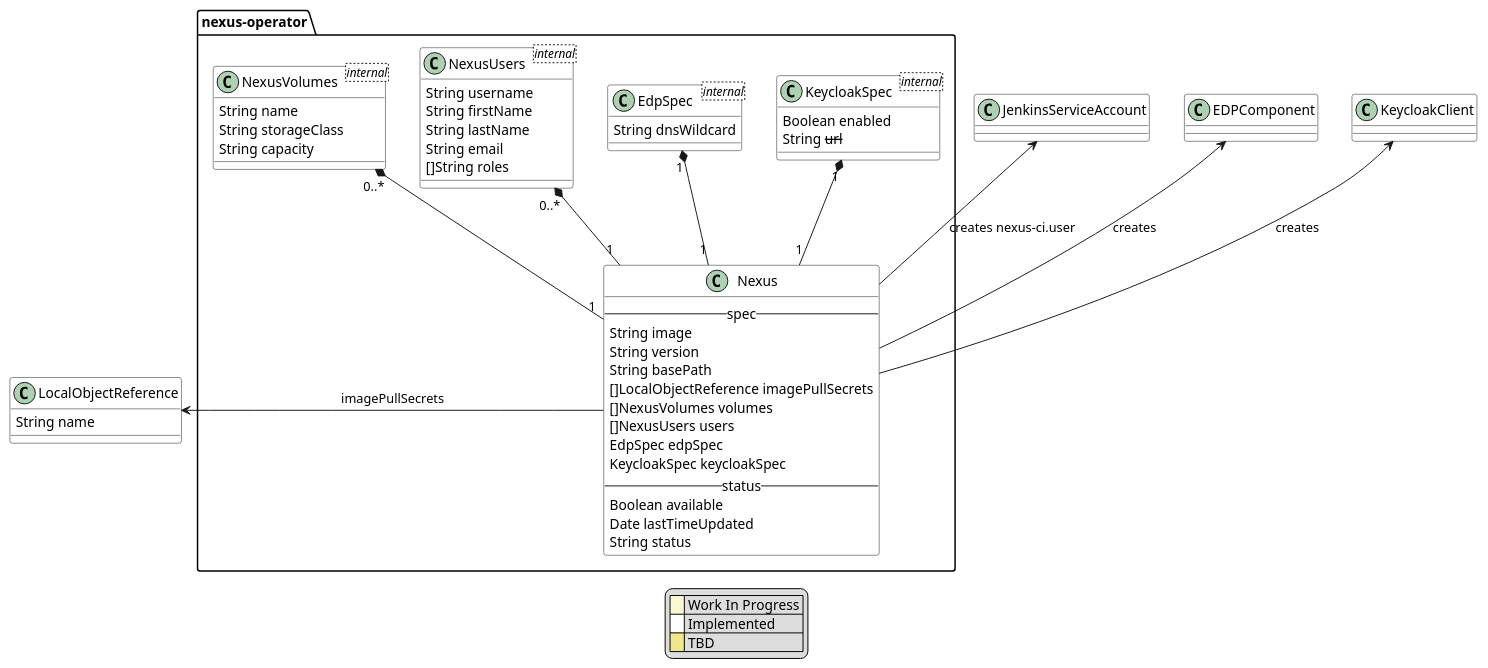
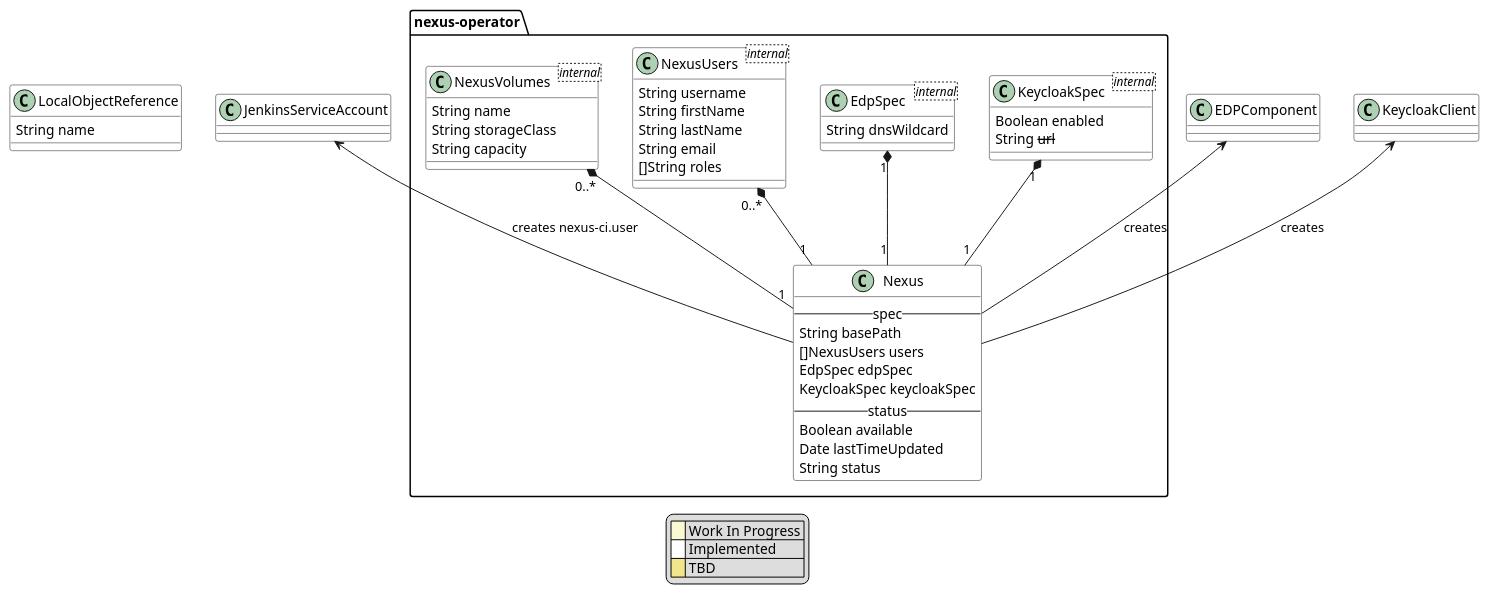
One commit to epam/edp-nexus-operator changed the diagram in documentation/puml/arch.puml. Above: the diagram before and after it, drawn with PlantUML. The commit also changed 7 other files, not shown here.

```diff
--- a/documentation/puml/arch.puml
+++ b/documentation/puml/arch.puml
@@ -1,70 +1,65 @@
 @startuml
 
 skinparam class {
     BackgroundColor #white
 	BackgroundColor<<wip>> LightGoldenRodYellow
 	BackgroundColor<<tbd>> Khaki
 }
 
 package nexus-operator {
     class Nexus {
         -- spec --
-        String image
-        String version
         String basePath
-        []LocalObjectReference imagePullSecrets
-        []NexusVolumes volumes
         []NexusUsers users
         EdpSpec edpSpec
         KeycloakSpec keycloakSpec
         -- status --
         Boolean available
         Date lastTimeUpdated
         String status
     }
 
     KeycloakSpec "1" *-- "1" Nexus
     class KeycloakSpec <internal> {
         Boolean enabled
         String --url--
     }
 
     EdpSpec "1" *-- "1" Nexus
     class EdpSpec <internal> {
         String dnsWildcard
     }
 
     NexusUsers "0..*" *-- "1" Nexus
     class NexusUsers <internal> {
         String username
         String firstName
         String lastName
         String email
         []String roles
     }
 
     NexusVolumes "0..*" *-- "1" Nexus
     class NexusVolumes <internal> {
         String name
         String storageClass
         String capacity
     }
 
 
 }
 
 class LocalObjectReference {
     String name
 }
-Nexus -l-> LocalObjectReference : imagePullSecrets
 JenkinsServiceAccount <-d- Nexus : creates nexus-ci.user
 EDPComponent <-d- Nexus : creates
 KeycloakClient <-d- Nexus : creates
 
 legend
 |<back:LightGoldenRodYellow>    </back>| Work In Progress |
 |<back:White>    </back>| Implemented |
 |<back:Khaki>    </back>| TBD |
 endlegend
 
 @enduml
```
